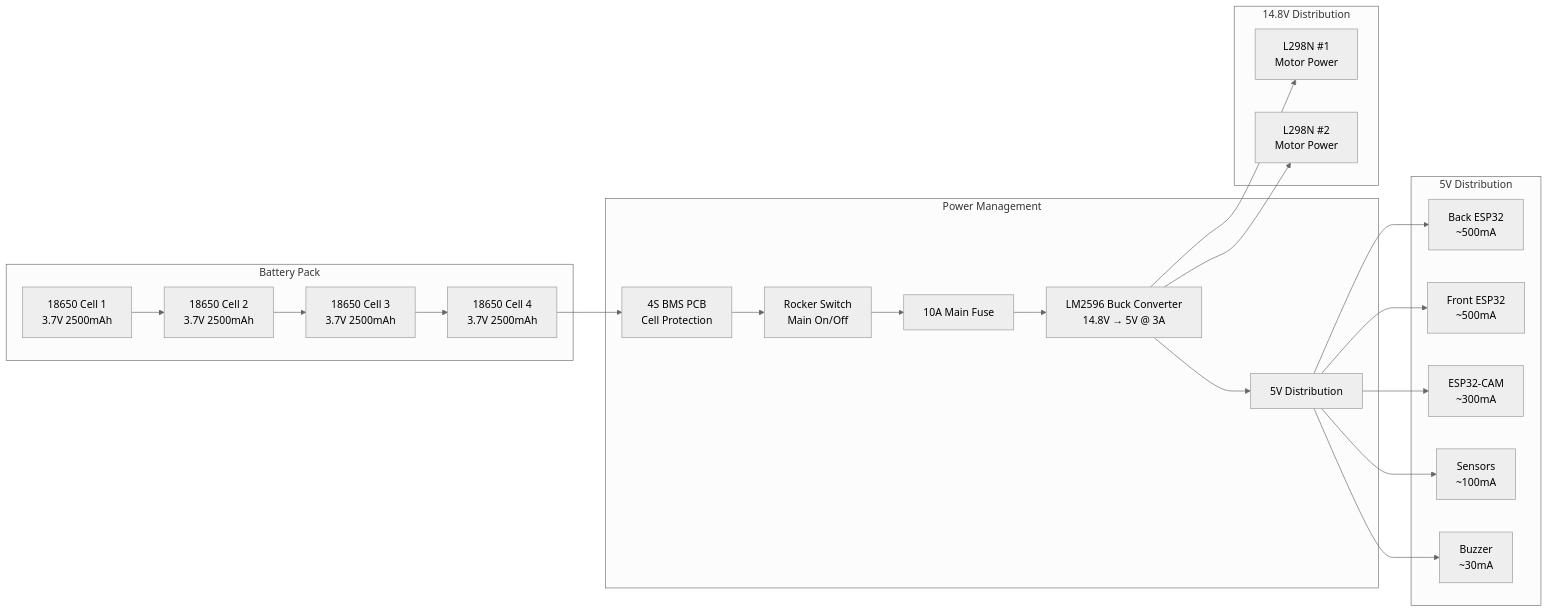
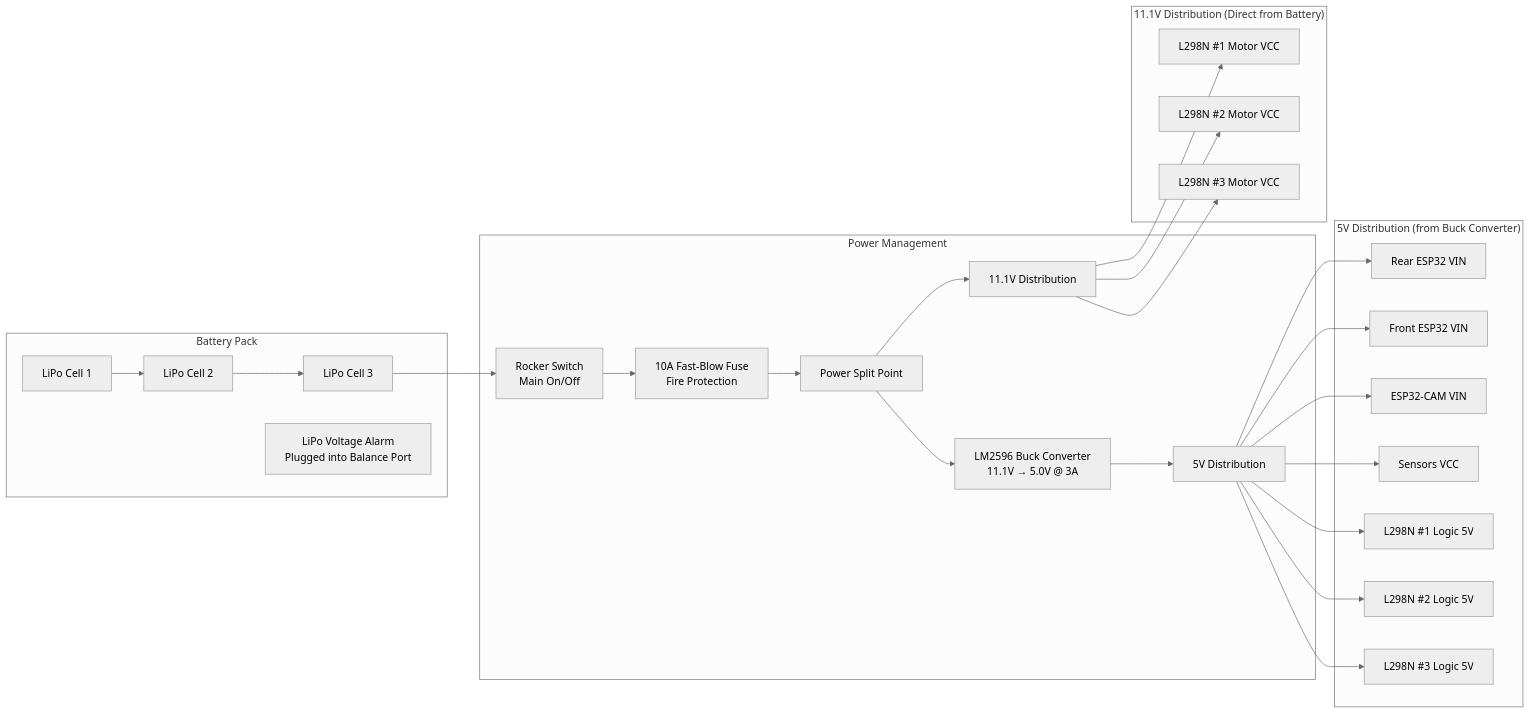
The diagram in docs/wiring-guide-complete.md (NiloyTheSpd/nightfall), drawn with Mermaid (neutral theme) before and after one commit. The commit also changed other lines of this file, not shown here.

````diff
--- a/docs/wiring-guide-complete.md
+++ b/docs/wiring-guide-complete.md
@@ -330,39 +174,47 @@
 ```mermaid
 graph LR
     subgraph "Battery Pack"
-        B1[18650 Cell 1<br/>3.7V 2500mAh]
-        B2[18650 Cell 2<br/>3.7V 2500mAh]
-        B3[18650 Cell 3<br/>3.7V 2500mAh]
-        B4[18650 Cell 4<br/>3.7V 2500mAh]
-        B1 --> B2 --> B3 --> B4
+        B1[LiPo Cell 1]
+        B2[LiPo Cell 2]
+        B3[LiPo Cell 3]
+        B1 --> B2 --> B3
+        ALARM[LiPo Voltage Alarm<br/>Plugged into Balance Port]
     end
 
     subgraph "Power Management"
-        BMS[4S BMS PCB<br/>Cell Protection]
         RS[Rocker Switch<br/>Main On/Off]
-        FUSE[10A Main Fuse]
-        BC[LM2596 Buck Converter<br/>14.8V → 5V @ 3A]
+        FUSE[10A Fast-Blow Fuse<br/>Fire Protection]
+        SPLIT[Power Split Point]
+        BC[LM2596 Buck Converter<br/>11.1V → 5.0V @ 3A]
         BC --> 5V_DIST[5V Distribution]
-        B4 --> BMS --> RS --> FUSE --> BC
+        B3 --> RS --> FUSE --> SPLIT
+        SPLIT --> BC
+        SPLIT --> 11V_DIST[11.1V Distribution]
     end
 
-    subgraph "14.8V Distribution"
-        M1[L298N #1<br/>Motor Power]
-        M2[L298N #2<br/>Motor Power]
-        BC --> M1
-        BC --> M2
+    subgraph "11.1V Distribution (Direct from Battery)"
+        M1[L298N #1 Motor VCC]
+        M2[L298N #2 Motor VCC]
+        M3[L298N #3 Motor VCC]
+        11V_DIST --> M1
+        11V_DIST --> M2
+        11V_DIST --> M3
     end
 
-    subgraph "5V Distribution"
-        ESP1[Back ESP32<br/>~500mA]
-        ESP2[Front ESP32<br/>~500mA]
-        CAM[ESP32-CAM<br/>~300mA]
-        SENSOR[Sensors<br/>~100mA]
-        BUZZER[Buzzer<br/>~30mA]
+    subgraph "5V Distribution (from Buck Converter)"
+        ESP1[Rear ESP32 VIN]
+        ESP2[Front ESP32 VIN]
+        CAM[ESP32-CAM VIN]
+        SENSOR[Sensors VCC]
+        L1[L298N #1 Logic 5V]
+        L2[L298N #2 Logic 5V]
+        L3[L298N #3 Logic 5V]
         5V_DIST --> ESP1
         5V_DIST --> ESP2
         5V_DIST --> CAM
         5V_DIST --> SENSOR
-        5V_DIST --> BUZZER
+        5V_DIST --> L1
+        5V_DIST --> L2
+        5V_DIST --> L3
     end
 ```
````
